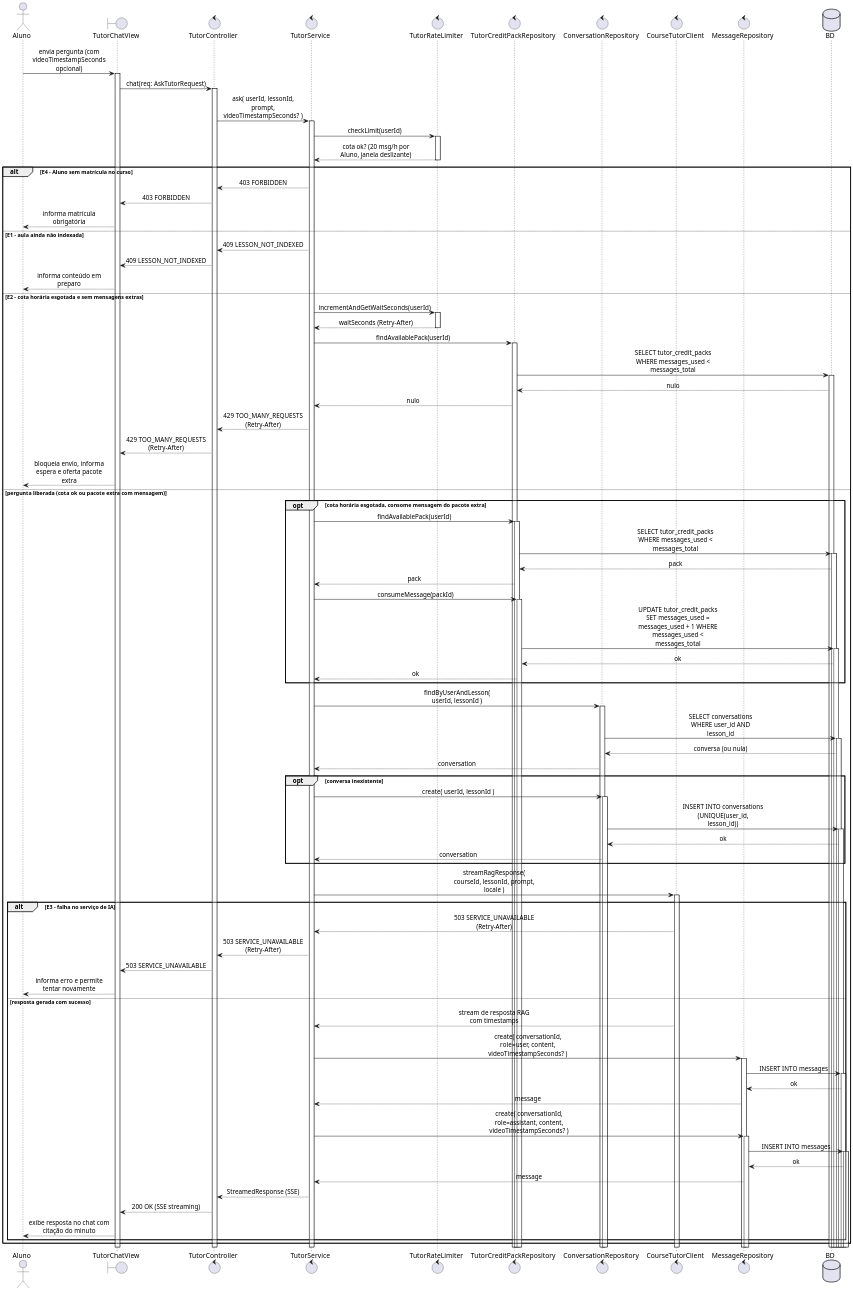
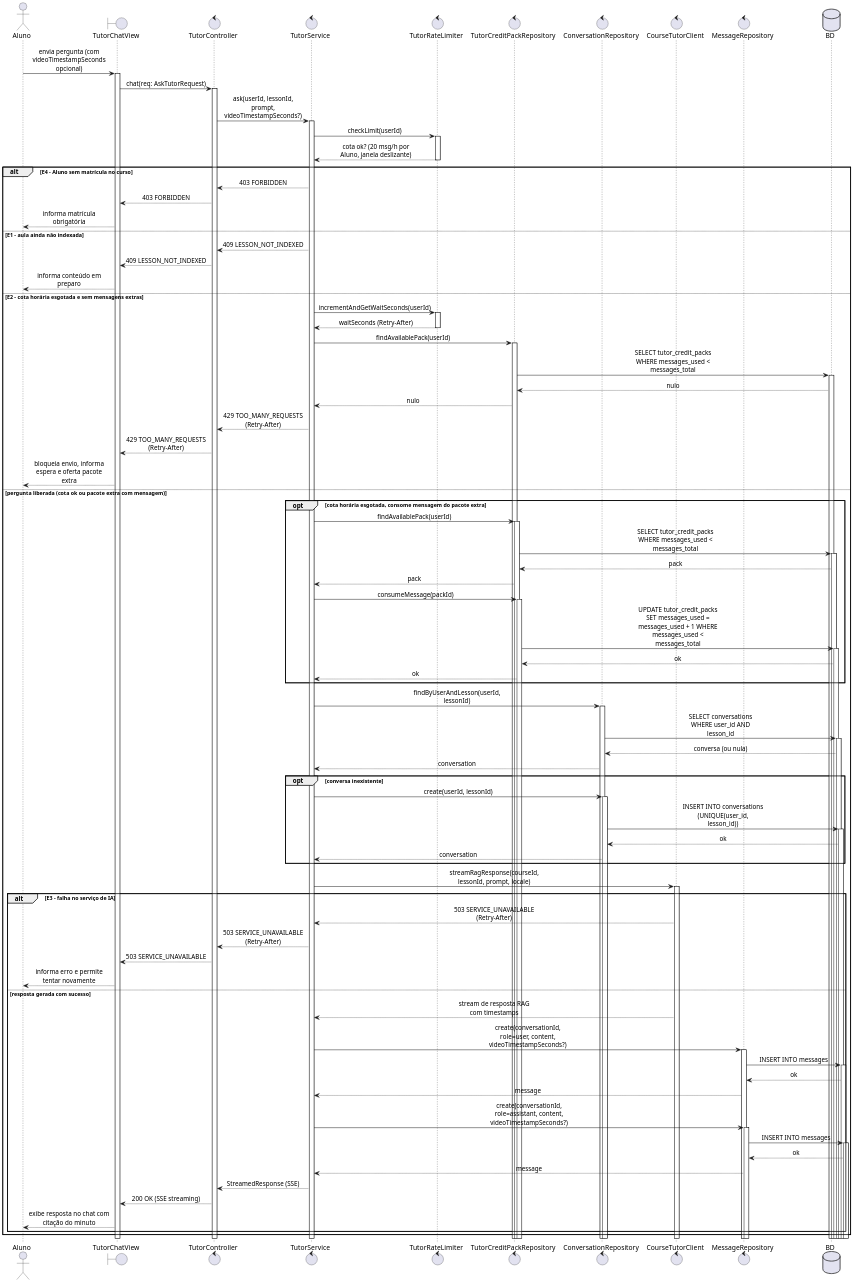
Before and after one commit to Plataforma-de-Cursos-TCC/plataforma-cursos-docs: the diagram in scripts/drawio-seqgen/exemplos/14-sequencia-uc001.puml, drawn with PlantUML. The commit also changed other lines of this file and 3 other files, not shown here.

```diff
--- a/scripts/drawio-seqgen/exemplos/14-sequencia-uc001.puml
+++ b/scripts/drawio-seqgen/exemplos/14-sequencia-uc001.puml
@@ -3,86 +4,86 @@
 @startuml 14-sequencia-uc001
 skinparam shadowing false
 skinparam dpi 192
 skinparam defaultFontName Arial
 skinparam sequenceMessageAlign center
 skinparam responseMessageBelowArrow true
 skinparam wrapMessageWidth 170
 skinparam BoxPadding 8
 
 actor "Aluno" as ALU
 boundary TutorChatView as V
 control TutorController as C
 control TutorService as S
 control TutorRateLimiter as T
 control TutorCreditPackRepository as CP
 control ConversationRepository as CV
 control CourseTutorClient as CT
 control MessageRepository as MR
 database BD
 
 ALU -> V ++ : envia pergunta (com videoTimestampSeconds opcional)
 V -> C ++ : chat(req: AskTutorRequest)
-C -> S ++ : ask( userId, lessonId, prompt, videoTimestampSeconds? )
+C -> S ++ : ask(userId, lessonId, prompt, videoTimestampSeconds?)
 S -> T ++ : checkLimit(userId)
 T --> S -- : cota ok? (20 msg/h por Aluno, janela deslizante)
 alt E4 - Aluno sem matrícula no curso
   S --> C : 403 FORBIDDEN
   C --> V : 403 FORBIDDEN
   V --> ALU : informa matrícula obrigatória
 else E1 - aula ainda não indexada
   S --> C : 409 LESSON_NOT_INDEXED
   C --> V : 409 LESSON_NOT_INDEXED
   V --> ALU : informa conteúdo em preparo
 else E2 - cota horária esgotada e sem mensagens extras
   S -> T ++ : incrementAndGetWaitSeconds(userId)
   T --> S -- : waitSeconds (Retry-After)
   S -> CP ++ : findAvailablePack(userId)
   CP -> BD ++ : SELECT tutor_credit_packs WHERE messages_used < messages_total
   BD --> CP : nulo
   CP --> S : nulo
   S --> C : 429 TOO_MANY_REQUESTS (Retry-After)
   C --> V : 429 TOO_MANY_REQUESTS (Retry-After)
   V --> ALU : bloqueia envio, informa espera e oferta pacote extra
 else pergunta liberada (cota ok ou pacote extra com mensagem)
   opt cota horária esgotada, consome mensagem do pacote extra
     S -> CP ++ : findAvailablePack(userId)
     CP -> BD ++ : SELECT tutor_credit_packs WHERE messages_used < messages_total
     BD --> CP : pack
     CP --> S : pack
     S -> CP ++ : consumeMessage(packId)
     CP -> BD ++ : UPDATE tutor_credit_packs SET messages_used = messages_used + 1 WHERE messages_used < messages_total
     BD --> CP : ok
     CP --> S : ok
   end
-  S -> CV ++ : findByUserAndLesson( userId, lessonId )
+  S -> CV ++ : findByUserAndLesson(userId, lessonId)
   CV -> BD ++ : SELECT conversations WHERE user_id AND lesson_id
   BD --> CV : conversa (ou nula)
   CV --> S : conversation
   opt conversa inexistente
-    S -> CV ++ : create( userId, lessonId )
+    S -> CV ++ : create(userId, lessonId)
     CV -> BD ++ : INSERT INTO conversations (UNIQUE(user_id, lesson_id))
     BD --> CV : ok
     CV --> S : conversation
   end
-  S -> CT ++ : streamRagResponse( courseId, lessonId, prompt, locale )
+  S -> CT ++ : streamRagResponse(courseId, lessonId, prompt, locale)
   alt E3 - falha no serviço de IA
     CT --> S : 503 SERVICE_UNAVAILABLE (Retry-After)
     S --> C : 503 SERVICE_UNAVAILABLE (Retry-After)
     C --> V : 503 SERVICE_UNAVAILABLE
     V --> ALU : informa erro e permite tentar novamente
   else resposta gerada com sucesso
     CT --> S : stream de resposta RAG com timestamps
-    S -> MR ++ : create( conversationId, role=user, content, videoTimestampSeconds? )
+    S -> MR ++ : create(conversationId, role=user, content, videoTimestampSeconds?)
     MR -> BD ++ : INSERT INTO messages
     BD --> MR : ok
     MR --> S : message
-    S -> MR ++ : create( conversationId, role=assistant, content, videoTimestampSeconds? )
+    S -> MR ++ : create(conversationId, role=assistant, content, videoTimestampSeconds?)
     MR -> BD ++ : INSERT INTO messages
     BD --> MR : ok
     MR --> S : message
     S --> C : StreamedResponse (SSE)
     C --> V : 200 OK (SSE streaming)
     V --> ALU : exibe resposta no chat com citação do minuto
   end
 end
 @enduml
```
